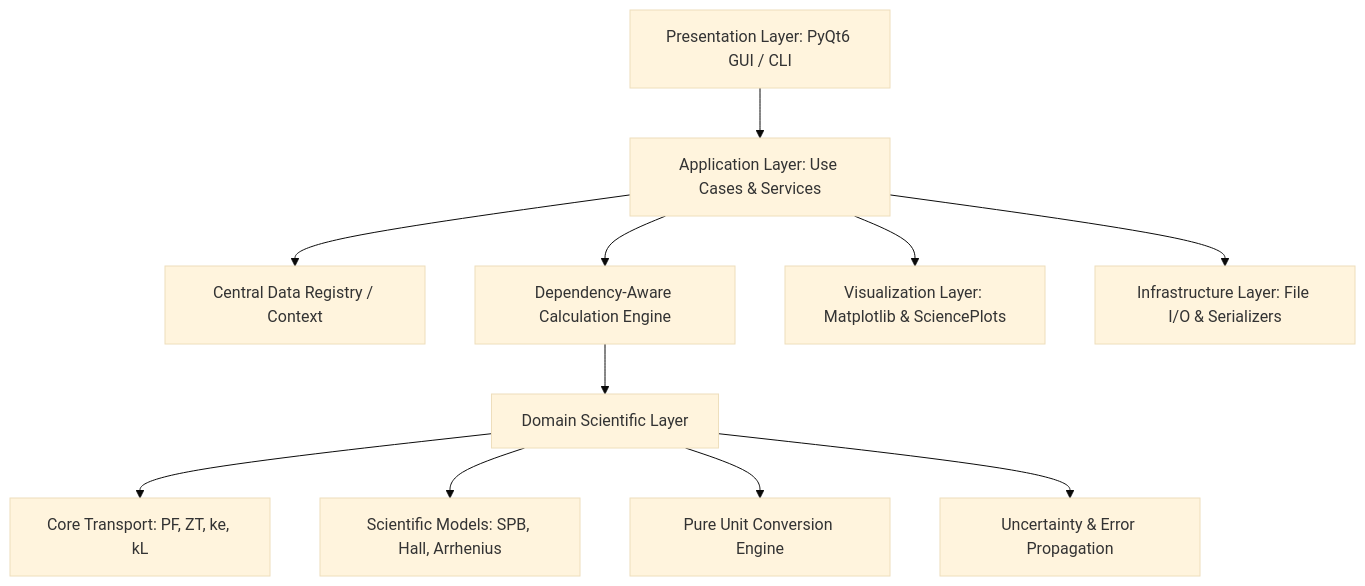
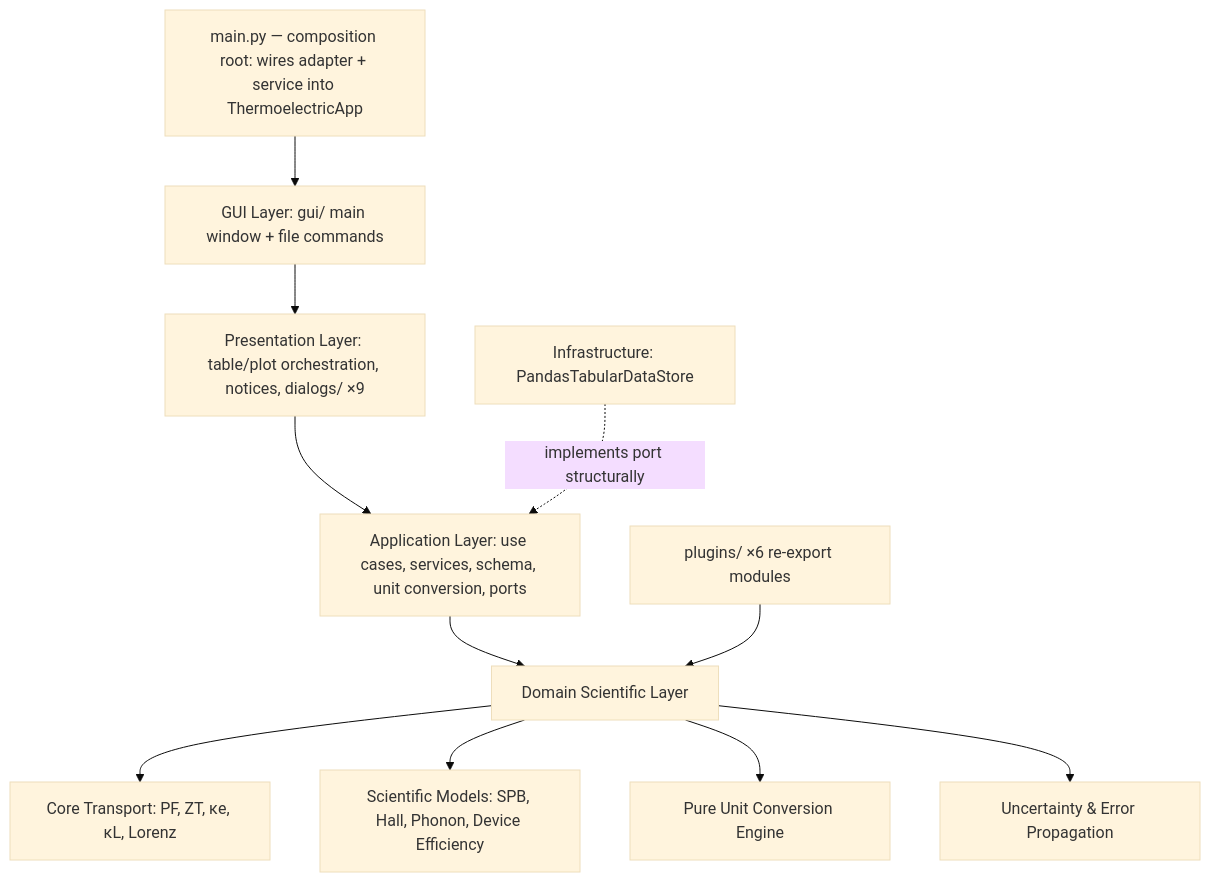
The diagram in docs/ARCHITECTURE.md (mostafa-kadi/Seebeck-prime), drawn with Mermaid (base theme) before and after one commit. The commit also changed other lines of this file and 378 other files, not shown here.

````diff
--- a/docs/ARCHITECTURE.md
+++ b/docs/ARCHITECTURE.md
@@ -100,13 +77,14 @@
 ```mermaid
 graph TD
-    UI[Presentation Layer: PyQt6 GUI / CLI] --> APP[Application Layer: Use Cases & Services]
-    APP --> REGISTRY[Central Data Registry / Context]
-    APP --> ENGINE[Dependency-Aware Calculation Engine]
-    ENGINE --> DOMAIN[Domain Scientific Layer]
-    DOMAIN --> CORE_CALC[Core Transport: PF, ZT, ke, kL]
-    DOMAIN --> MODELS[Scientific Models: SPB, Hall, Arrhenius]
+    MAIN[main.py — composition root: wires adapter + service into ThermoelectricApp]
+    MAIN --> GUI[GUI Layer: gui/ main window + file commands]
+    GUI --> PRES[Presentation Layer: table/plot orchestration, notices, dialogs/ ×9]
+    PRES --> APP[Application Layer: use cases, services, schema, unit conversion, ports]
+    APP --> DOMAIN[Domain Scientific Layer]
+    DOMAIN --> CORE_CALC[Core Transport: PF, ZT, κe, κL, Lorenz]
+    DOMAIN --> MODELS[Scientific Models: SPB, Hall, Phonon, Device Efficiency]
     DOMAIN --> UNITS[Pure Unit Conversion Engine]
     DOMAIN --> UNCERTAINTY[Uncertainty & Error Propagation]
-    APP --> VIS[Visualization Layer: Matplotlib & SciencePlots]
-    APP --> INFRA[Infrastructure Layer: File I/O & Serializers]
+    INFRA[Infrastructure: PandasTabularDataStore] -. implements port structurally .-> APP
+    PLUGINS[plugins/ ×6 re-export modules] --> DOMAIN
 ```
````
